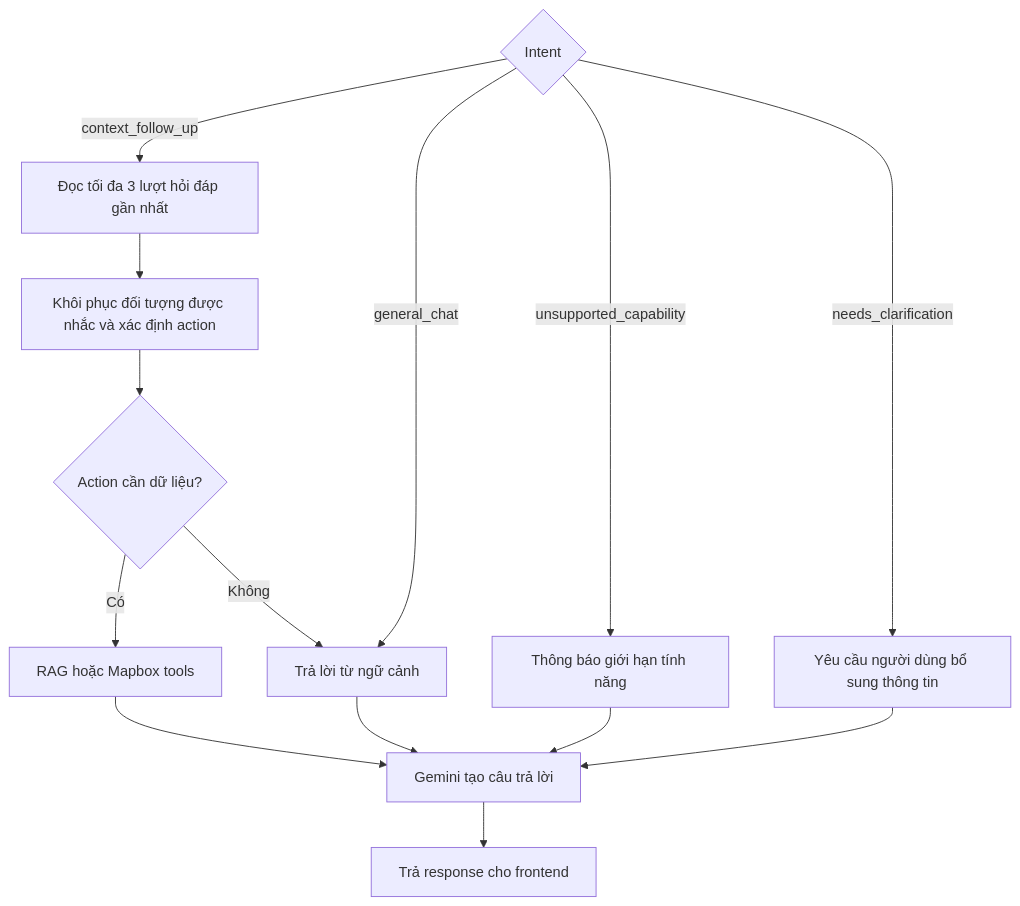
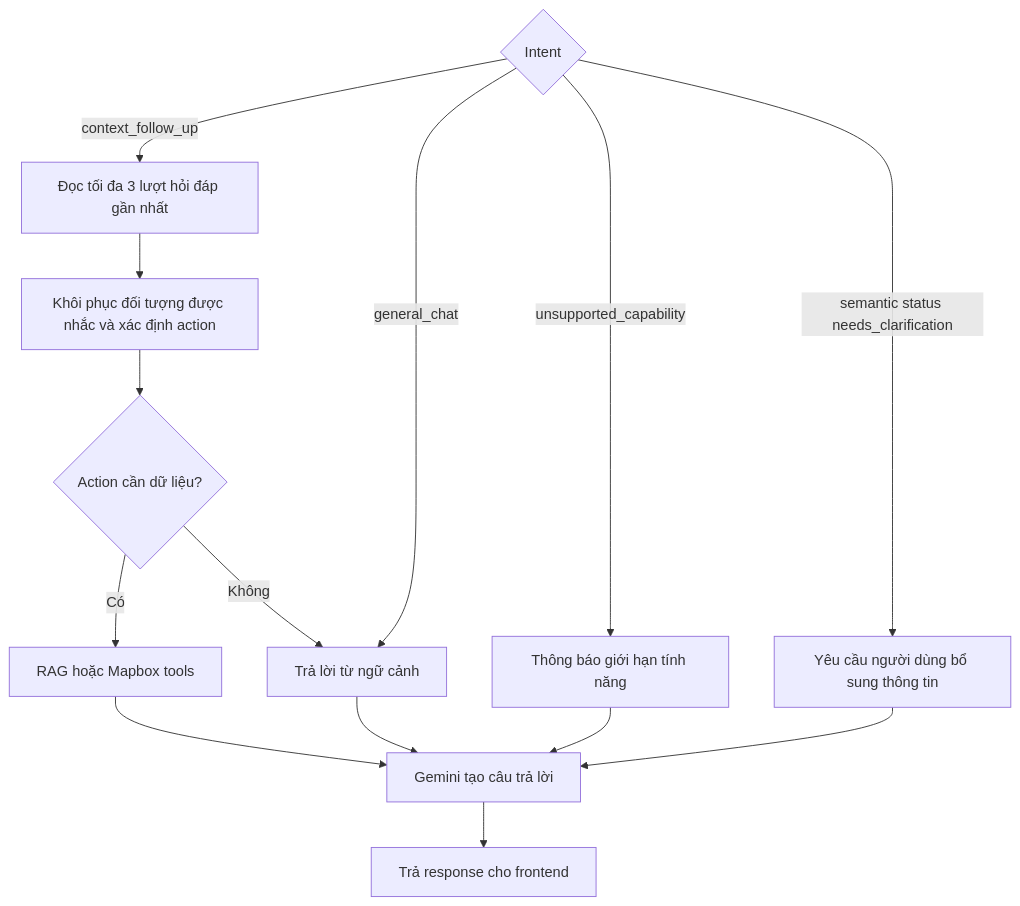
One commit to nguyendinhhung04/Travel-Chatbot changed the seventh of 8 diagrams in README.md. Above: the diagram before and after it, drawn with Mermaid. The commit also changed other lines of this file and 33 other files, not shown here.

````diff
--- a/README.md
+++ b/README.md
@@ -228,19 +211,19 @@
 ```mermaid
 flowchart TD
     I{Intent}
     I -->|context_follow_up| CONTEXT[Đọc tối đa 3 lượt hỏi đáp gần nhất]
     CONTEXT --> ACTION[Khôi phục đối tượng được nhắc và xác định action]
     ACTION --> PLAN{Action cần dữ liệu?}
     PLAN -->|Có| TOOLS[RAG hoặc Mapbox tools]
     PLAN -->|Không| DIRECT[Trả lời từ ngữ cảnh]
 
     I -->|general_chat| DIRECT
     I -->|unsupported_capability| LIMIT[Thông báo giới hạn tính năng]
-    I -->|needs_clarification| CLARIFY[Yêu cầu người dùng bổ sung thông tin]
+    I -->|semantic status needs_clarification| CLARIFY[Yêu cầu người dùng bổ sung thông tin]
 
     TOOLS --> ANSWER[Gemini tạo câu trả lời]
     DIRECT --> ANSWER
     LIMIT --> ANSWER
     CLARIFY --> ANSWER
     ANSWER --> RESPONSE[Trả response cho frontend]
 ```
````
